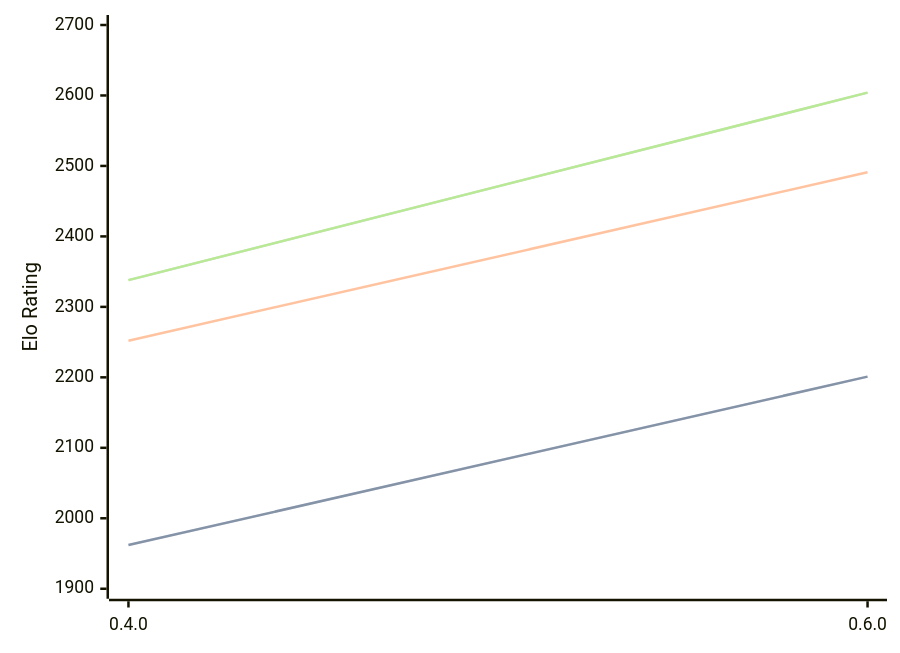
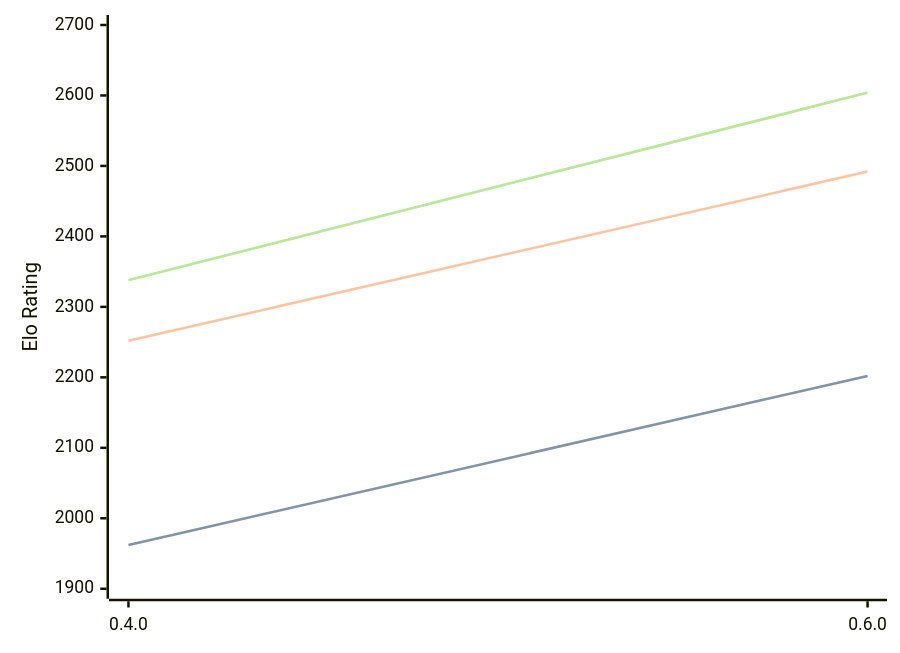
Before and after one commit to computer-chess-index/cci: the diagram in engines/Ariadne.md, drawn with Mermaid. The commit also changed other lines of this file, not shown here.

````diff
--- a/engines/Ariadne.md
+++ b/engines/Ariadne.md
@@ -36,11 +36,11 @@
 ```mermaid
 %%{init: {"theme":"base","themeVariables":{"seriesColors:['#a3a3a3','#222221','#faa371']}}}%%
 xychart-beta
   x-axis ["0.4.0", "0.6.0"]
   y-axis "Elo Rating" 1900 --> 2700
-  line "" [1962, 2201]
-  line "STC (8.0+0.08s)" [1962, 2201]
-  line "LTC (60.0+0.60s)" [2252, 2491]
+  line "" [1962, 2202]
+  line "STC (8.0+0.08s)" [1962, 2202]
+  line "LTC (60.0+0.60s)" [2252, 2492]
   line "" [2338, 2604]
   line "VLTC (2m24s+1.12s)" [2338, 2604]
 ```
````
